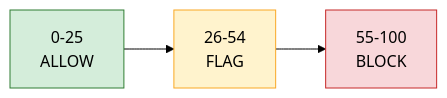
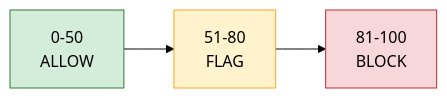
One commit to jamsamjam/distributed-payment-orchestration changed the first of 2 diagrams in README.md. Above: the diagram before and after it, drawn with Mermaid (forest theme). The commit also changed other lines of this file and 2 other files, not shown here.

Commit message:
docs: update diagram and README

````diff
--- a/README.md
+++ b/README.md
@@ -84,10 +84,10 @@
 ```mermaid
 flowchart LR
-    A["0-25<br/>ALLOW"]:::allow --> 
-    B["26-54<br/>FLAG"]:::flag --> 
-    C["55-100<br/>BLOCK"]:::block
+    A["0-50<br/>ALLOW"]:::allow --> 
+    B["51-80<br/>FLAG"]:::flag --> 
+    C["81-100<br/>BLOCK"]:::block
 
     classDef allow fill:#d4edda,stroke:#2e7d32,color:#000;
     classDef flag fill:#fff3cd,stroke:#f9a825,color:#000;
     classDef block fill:#f8d7da,stroke:#c62828,color:#000;
 ```
````
